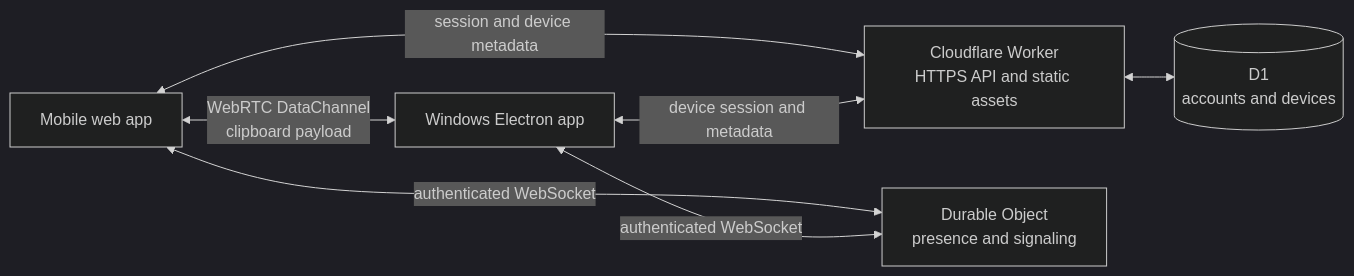
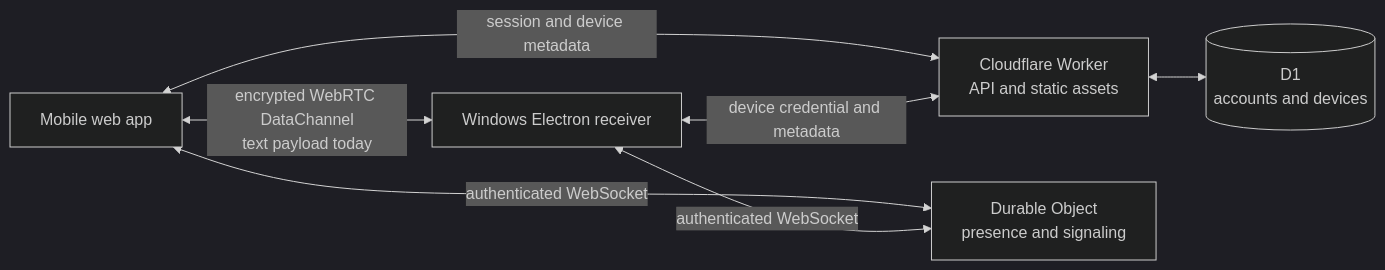
One commit to abdullah-mi/Copyrade changed the diagram in docs/architecture.md. Above: the diagram before and after it, drawn with Mermaid (dark theme). The commit also changed other lines of this file and 18 other files, not shown here.

````diff
--- a/docs/architecture.md
+++ b/docs/architecture.md
@@ -7,15 +9,15 @@
 ```mermaid
 flowchart LR
     Phone[Mobile web app]
-    Worker[Cloudflare Worker<br/>HTTPS API and static assets]
+    Worker[Cloudflare Worker<br/>API and static assets]
     D1[(D1<br/>accounts and devices)]
     DO[Durable Object<br/>presence and signaling]
-    PC[Windows Electron app]
+    PC[Windows Electron receiver]
 
     Phone <-->|session and device metadata| Worker
-    PC <-->|device session and metadata| Worker
+    PC <-->|device credential and metadata| Worker
     Worker <--> D1
     Phone <-->|authenticated WebSocket| DO
     PC <-->|authenticated WebSocket| DO
-    Phone <-->|WebRTC DataChannel<br/>clipboard payload| PC
+    Phone <-->|encrypted WebRTC DataChannel<br/>text payload today| PC
 ```
````
